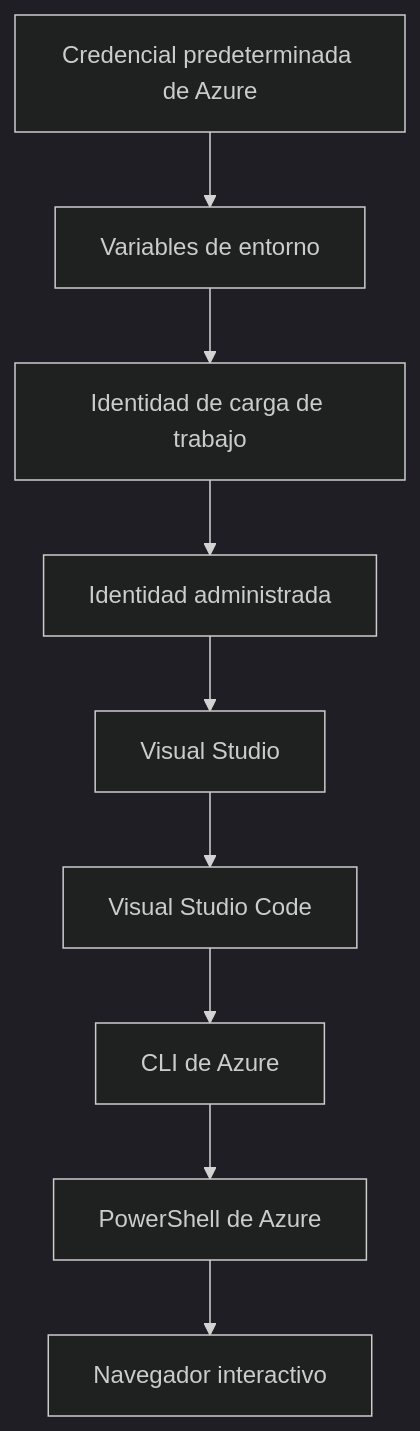
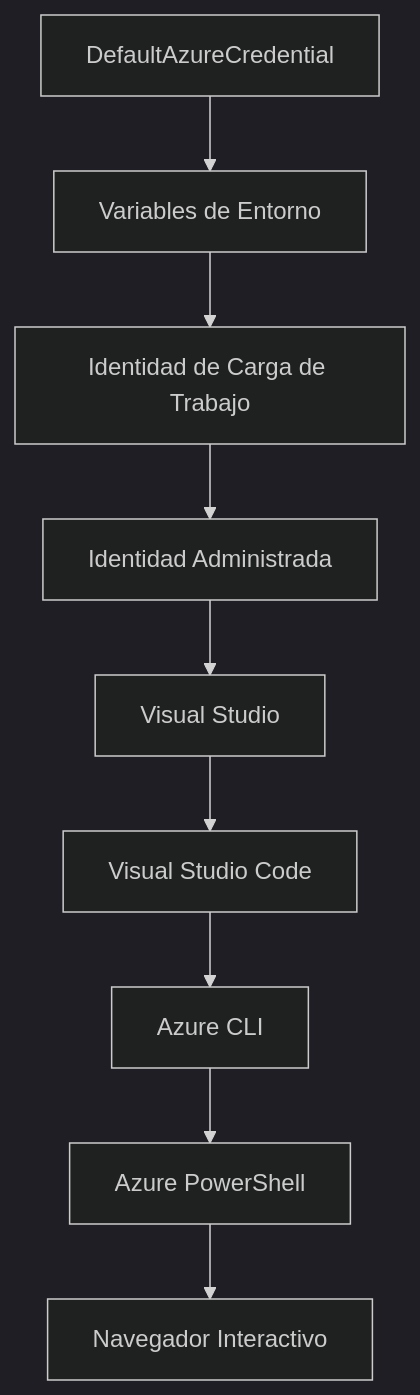
The second of 2 diagrams in translations/es/docs/chapter-01-foundation/azd-basics.md (microsoft/AZD-for-beginners), drawn with Mermaid (dark theme) before and after one commit. The commit also changed other lines of this file and 101 other files, not shown here.

````diff
--- a/translations/es/docs/chapter-01-foundation/azd-basics.md
+++ b/translations/es/docs/chapter-01-foundation/azd-basics.md
@@ -558,11 +591,11 @@
 ```mermaid
 graph TD
-    A[Credencial predeterminada de Azure] --> B[Variables de entorno]
-    B --> C[Identidad de carga de trabajo]
-    C --> D[Identidad administrada]
+    A[DefaultAzureCredential] --> B[Variables de Entorno]
+    B --> C[Identidad de Carga de Trabajo]
+    C --> D[Identidad Administrada]
     D --> E[Visual Studio]
     E --> F[Visual Studio Code]
-    F --> G[CLI de Azure]
-    G --> H[PowerShell de Azure]
-    H --> I[Navegador interactivo]
+    F --> G[Azure CLI]
+    G --> H[Azure PowerShell]
+    H --> I[Navegador Interactivo]
 ```
````
